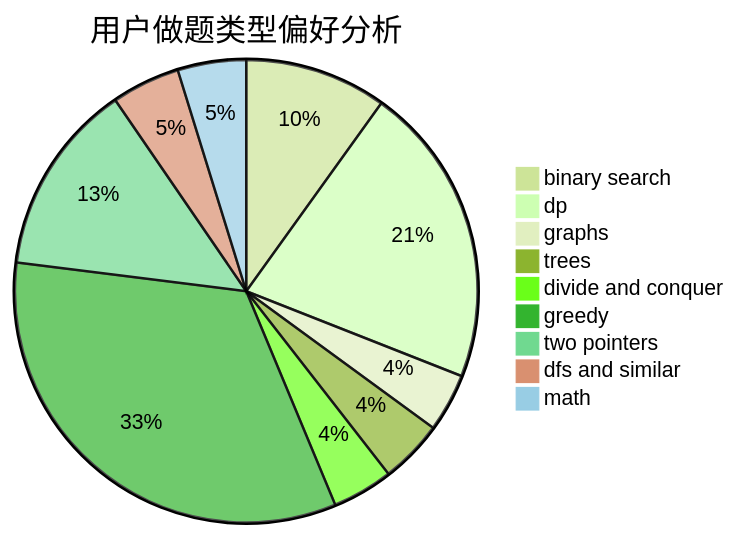
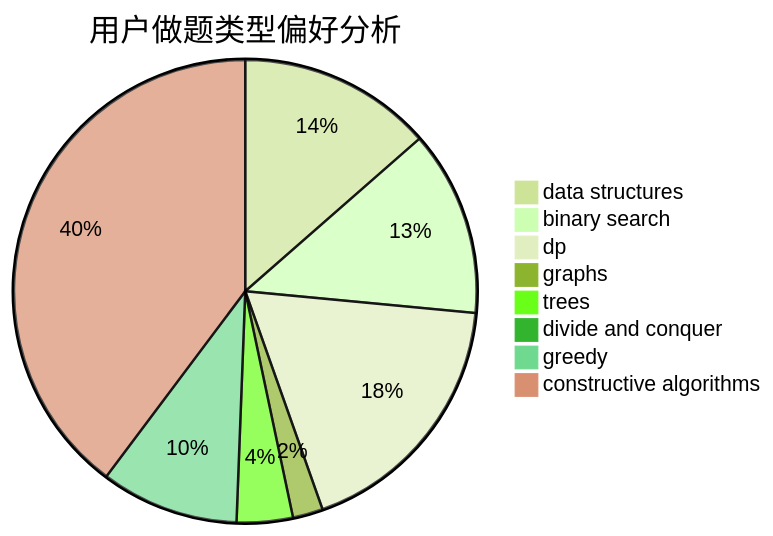
Before and after one commit to sherpahu/cfrs.github.io: the second of 3 diagrams in docs/user/u634.md, drawn with Mermaid (forest theme). The commit also changed other lines of this file and 2775 other files, not shown here.

````diff
--- a/docs/user/u634.md
+++ b/docs/user/u634.md
@@ -23,12 +23,11 @@
 ```mermaid
 pie title 用户做题类型偏好分析
-    "binary search" :  56
-    "dp" :  119
-    "graphs" :  23
-    "trees" :  25
-    "divide and conquer" :  24
-    "greedy" :  188
-    "two pointers" :  76
-    "dfs and similar" :  27
-    "math" :  27
+    "data structures" :  45
+    "binary search" :  43
+    "dp" :  60
+    "graphs" :  7
+    "trees" :  13
+    "divide and conquer" :  1
+    "greedy" :  32
+    "constructive algorithms" :  132
 ```
````
